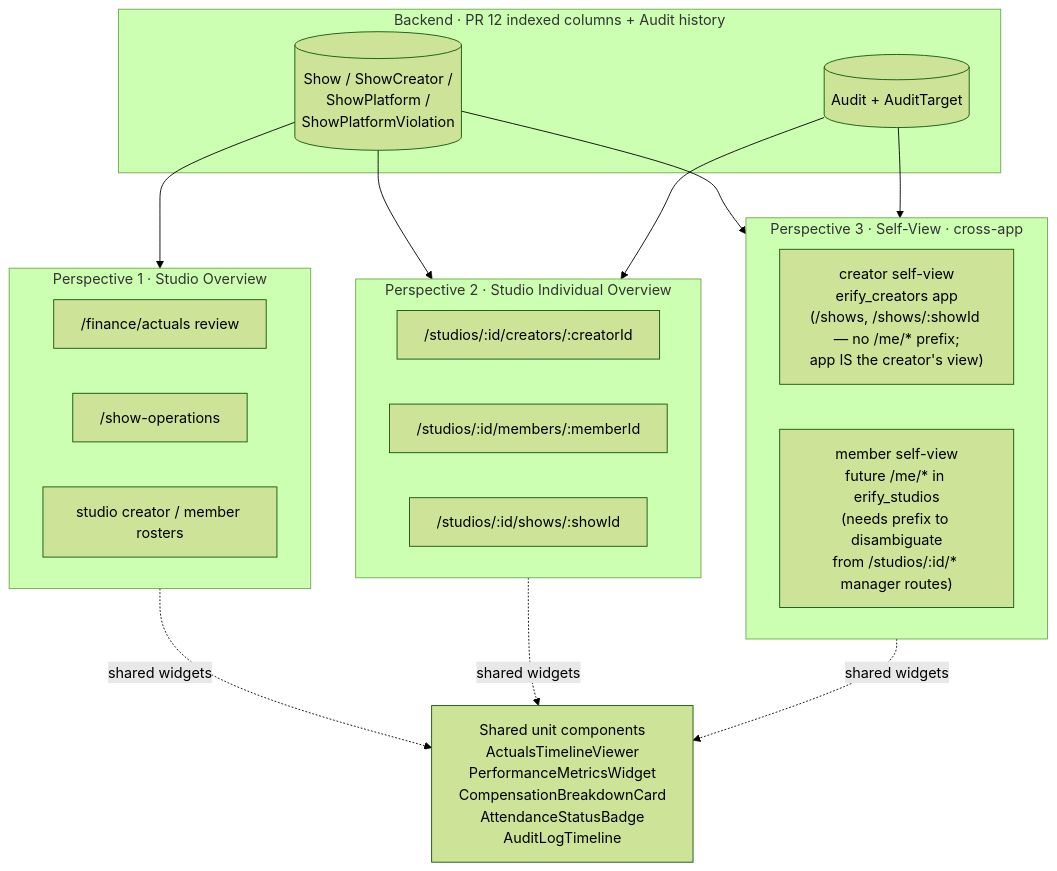
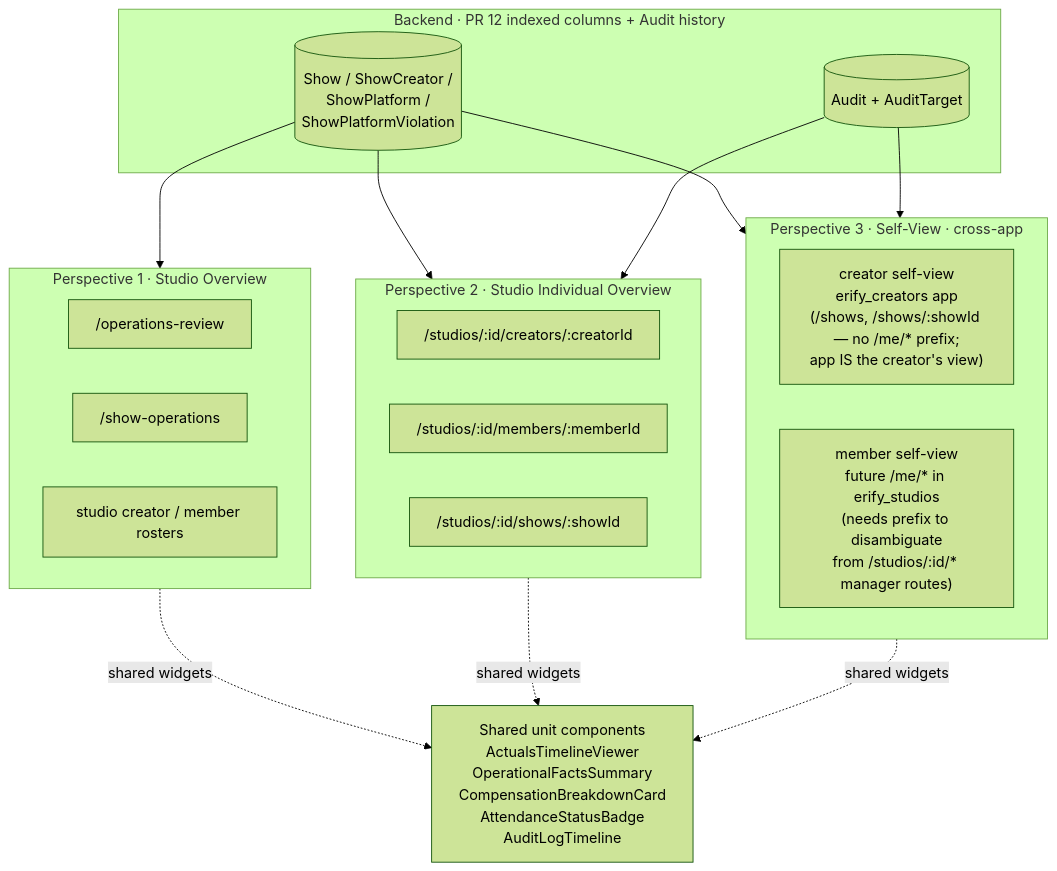
One commit to allenlin90/eridu-services changed the fifth of 5 diagrams in apps/erify_api/docs/design/TASK_INPUT_FACT_BINDING_DESIGN.md. Above: the diagram before and after it, drawn with Mermaid (forest theme). The commit also changed other lines of this file and 9 other files, not shown here.

Commit message:
docs: refine operations review plan

````diff
--- a/apps/erify_api/docs/design/TASK_INPUT_FACT_BINDING_DESIGN.md
+++ b/apps/erify_api/docs/design/TASK_INPUT_FACT_BINDING_DESIGN.md
@@ -418,36 +419,36 @@
 ```mermaid
 flowchart TB
     subgraph BE[Backend · PR 12 indexed columns + Audit history]
         IDX[(Show / ShowCreator /<br/>ShowPlatform /<br/>ShowPlatformViolation)]
         AUDIT[(Audit + AuditTarget)]
     end
 
     subgraph P1[Perspective 1 · Studio Overview]
-        SO1["/finance/actuals review"]
+        SO1["/operations-review"]
         SO2["/show-operations"]
         SO3["studio creator / member rosters"]
     end
 
     subgraph P2[Perspective 2 · Studio Individual Overview]
         SI1["/studios/:id/creators/:creatorId"]
         SI2["/studios/:id/members/:memberId"]
         SI3["/studios/:id/shows/:showId"]
     end
 
     subgraph P3[Perspective 3 · Self-View · cross-app]
         ME1["creator self-view<br/>erify_creators app<br/>(/shows, /shows/:showId — no /me/* prefix;<br/>app IS the creator's view)"]
         ME2["member self-view<br/>future /me/* in erify_studios<br/>(needs prefix to disambiguate<br/>from /studios/:id/* manager routes)"]
     end
 
     IDX --> P1
     IDX --> P2
     IDX --> P3
     AUDIT --> P2
     AUDIT --> P3
 
     P1 -. shared widgets .-> W
     P2 -. shared widgets .-> W
     P3 -. shared widgets .-> W
 
-    W["Shared unit components<br/>ActualsTimelineViewer<br/>PerformanceMetricsWidget<br/>CompensationBreakdownCard<br/>AttendanceStatusBadge<br/>AuditLogTimeline"]
+    W["Shared unit components<br/>ActualsTimelineViewer<br/>OperationalFactsSummary<br/>CompensationBreakdownCard<br/>AttendanceStatusBadge<br/>AuditLogTimeline"]
 ```
````
